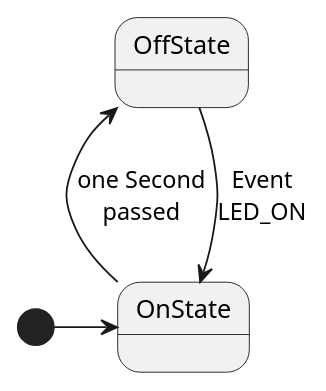
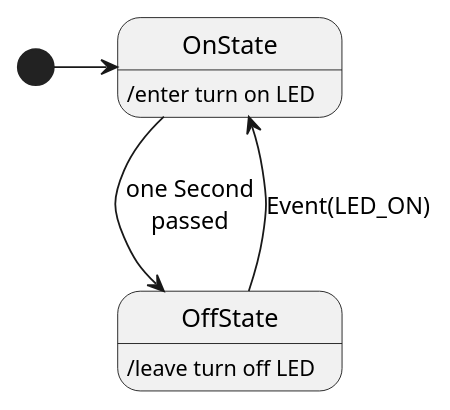
Before and after one commit to nhjschulz/cfsm: the diagram in examples/UnoBlink/doc/BlinkState.puml, drawn with PlantUML. The commit also changed 35 other files, not shown here.

```diff
--- a/examples/UnoBlink/doc/BlinkState.puml
+++ b/examples/UnoBlink/doc/BlinkState.puml
@@ -1,11 +1,12 @@
 @startuml Blink State Machine
 
-state OnState
-state OffState
 
-OnState -l-> OffState: one Second\npassed
-OffState -->  OnState: Event\nLED_ON
+state OnState: /enter turn on LED
+state OffState: /leave turn off LED
+
+OnState --> OffState: one Second\npassed
+OffState -->  OnState: Event(LED_ON)
 
 [*] -> OnState
 
 @enduml
```
